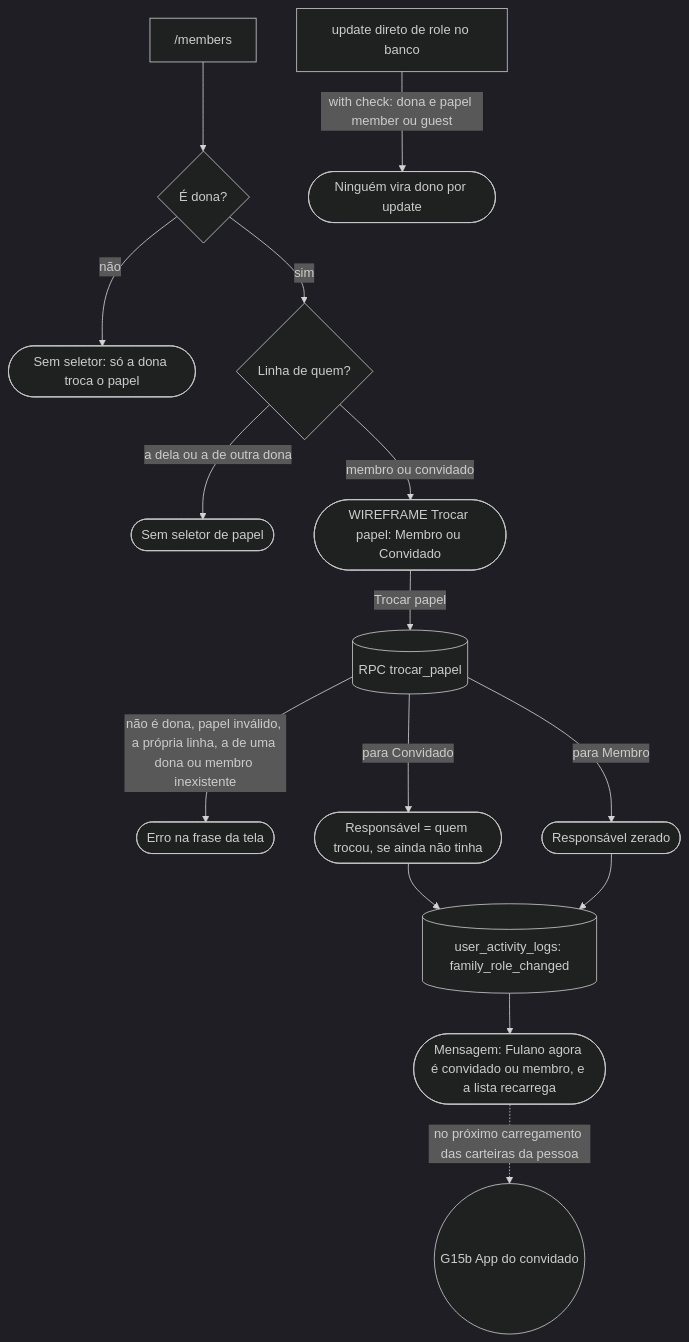
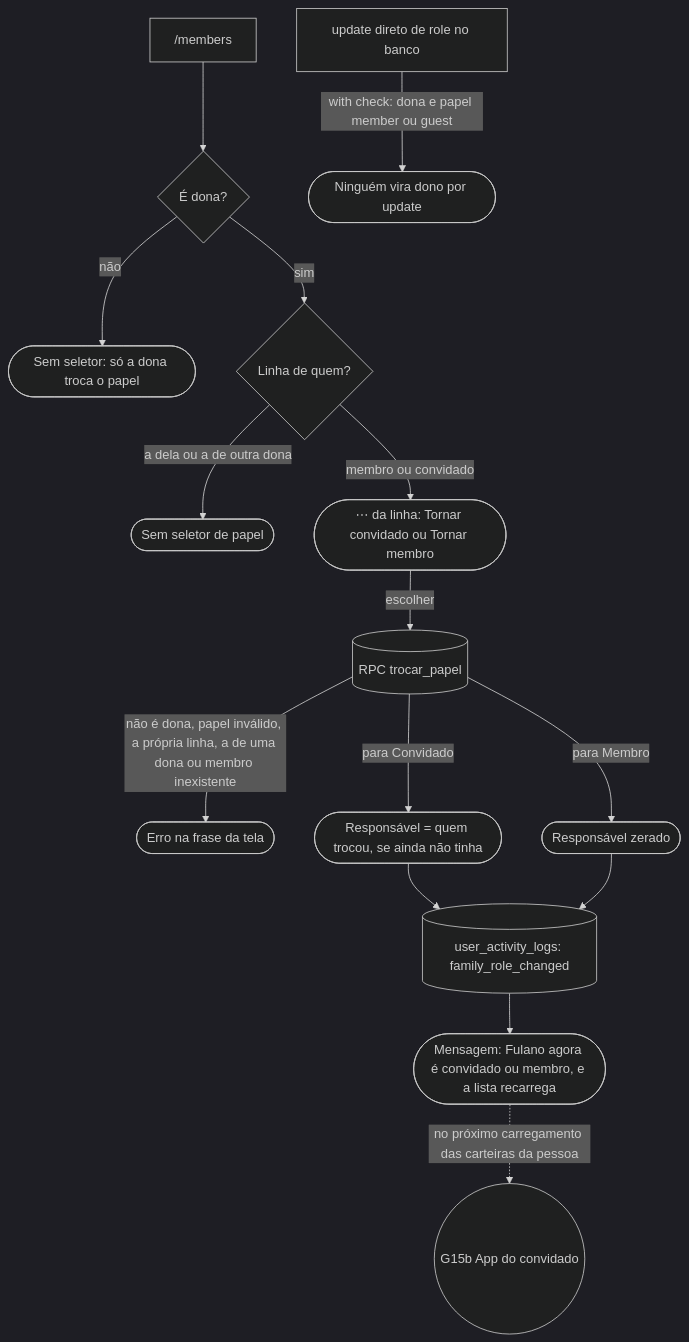
Diagram 22 of 32 in docs/JORNADAS.md (kauax2000/finance_app), drawn with Mermaid before and after one commit. The commit also changed other lines of this file and 2 other files, not shown here.

````diff
--- a/docs/JORNADAS.md
+++ b/docs/JORNADAS.md
@@ -1673,18 +1676,18 @@
 ```mermaid
 %%{init: {"theme": "dark"}}%%
 flowchart TD
     members["/members"] --> isOwner{"É dona?"}
     isOwner -->|"não"| semTroca(["Sem seletor: só a dona troca o papel"])
     isOwner -->|"sim"| linha{"Linha de quem?"}
     linha -->|"a dela ou a de outra dona"| semSeletor(["Sem seletor de papel"])
-    linha -->|"membro ou convidado"| seletor(["WIREFRAME Trocar papel: Membro ou Convidado"])
-    seletor -->|"Trocar papel"| troca[("RPC trocar_papel")]
+    linha -->|"membro ou convidado"| seletor(["⋯ da linha: Tornar convidado ou Tornar membro"])
+    seletor -->|"escolher"| troca[("RPC trocar_papel")]
     troca -->|"não é dona, papel inválido, a própria linha, a de uma dona ou membro inexistente"| erro(["Erro na frase da tela"])
     troca -->|"para Convidado"| resp(["Responsável = quem trocou, se ainda não tinha"])
     troca -->|"para Membro"| zera(["Responsável zerado"])
     resp --> log[("user_activity_logs: family_role_changed")]
     zera --> log
     log --> msg(["Mensagem: Fulano agora é convidado ou membro, e a lista recarrega"])
     msg -.->|"no próximo carregamento das carteiras da pessoa"| appConv(("G15b App do convidado"))
     direct["update direto de role no banco"] -->|"with check: dona e papel member ou guest"| nunca(["Ninguém vira dono por update"])
 ```
````
